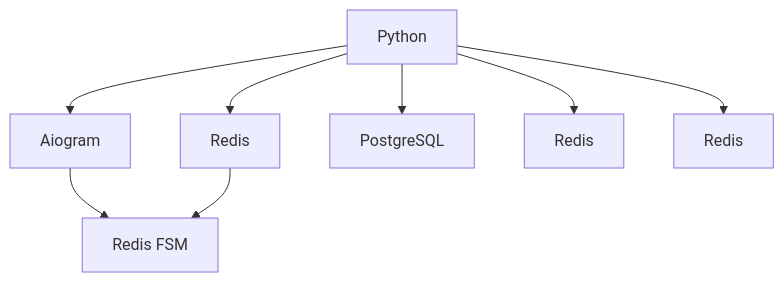
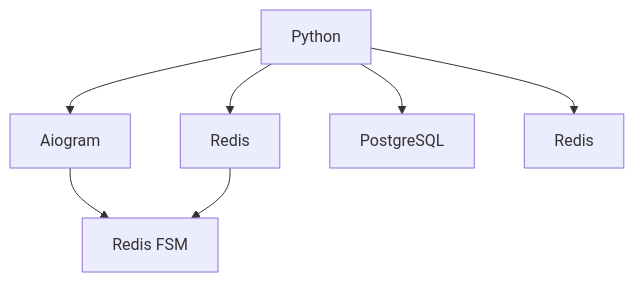
One commit to nihosprop/nihosprop changed the diagram in diagram.mmd. Above: the diagram before and after it, drawn with Mermaid. The commit also changed other lines of this file, not shown here.

Commit message:
refactor(svg_config): update

```diff
--- a/diagram.mmd
+++ b/diagram.mmd
@@ -1,8 +1,7 @@
 graph TB
     A[Python] --> B[Aiogram]
     B --> BA[Redis FSM]
     C --> BA[Redis FSM]
     A --> C[Redis]
     A --> D[PostgreSQL]
     A --> E[Redis]
-    A --> F[Redis]
```
